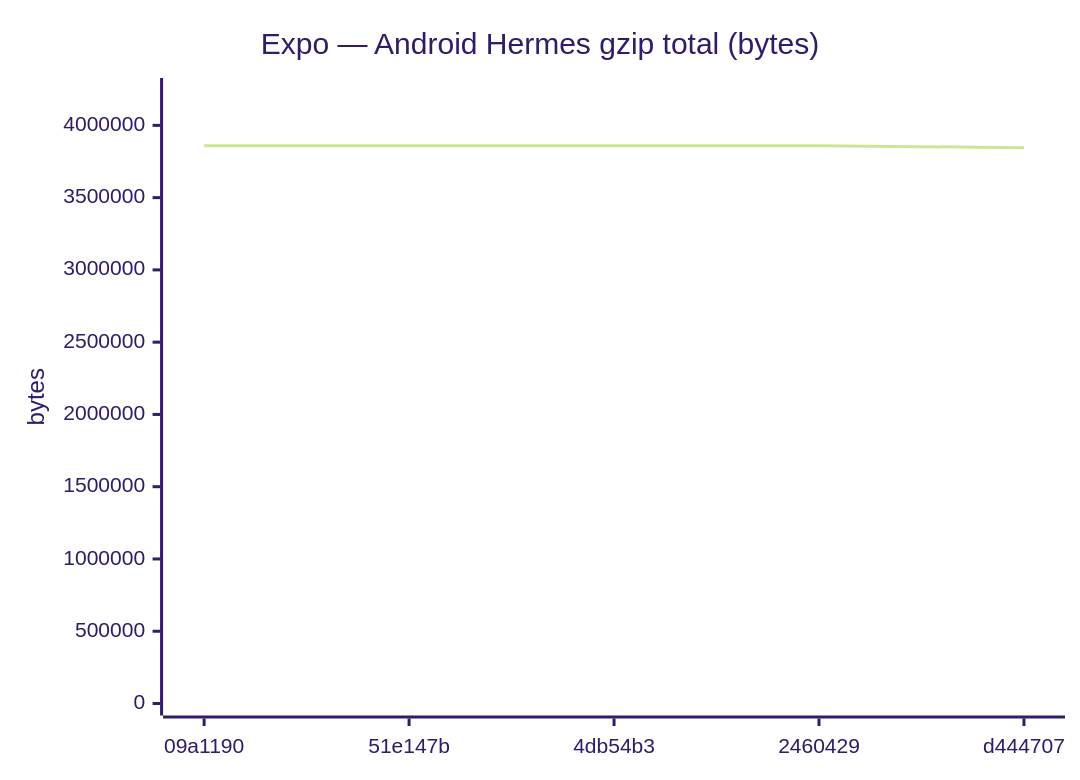
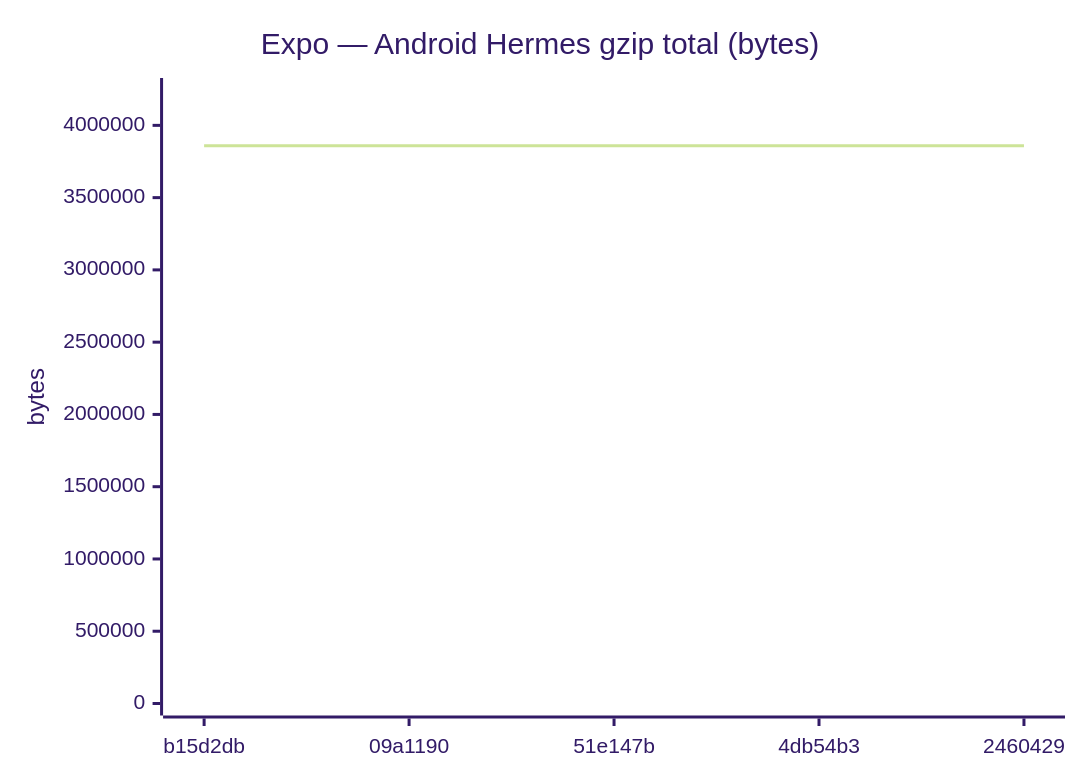
Diagram 11 of 18 in benchmarks/compare.md (Metaheurist/Rianell), drawn with Mermaid (forest theme) before and after one commit. The commit also changed other lines of this file and 11 other files, not shown here.

````diff
--- a/benchmarks/compare.md
+++ b/benchmarks/compare.md
@@ -172,7 +172,7 @@
 ```mermaid
 xychart-beta
     title "Expo — Android Hermes gzip total (bytes)"
-    x-axis ["09a1190", "51e147b", "4db54b3", "2460429", "d444707"]
+    x-axis ["b15d2db", "09a1190", "51e147b", "4db54b3", "2460429"]
     y-axis "bytes" 0 --> 4244641
-    line [3858763, 3858763, 3858762, 3858764, 3845905]
+    line [3858195, 3858763, 3858763, 3858762, 3858764]
 ```
````
